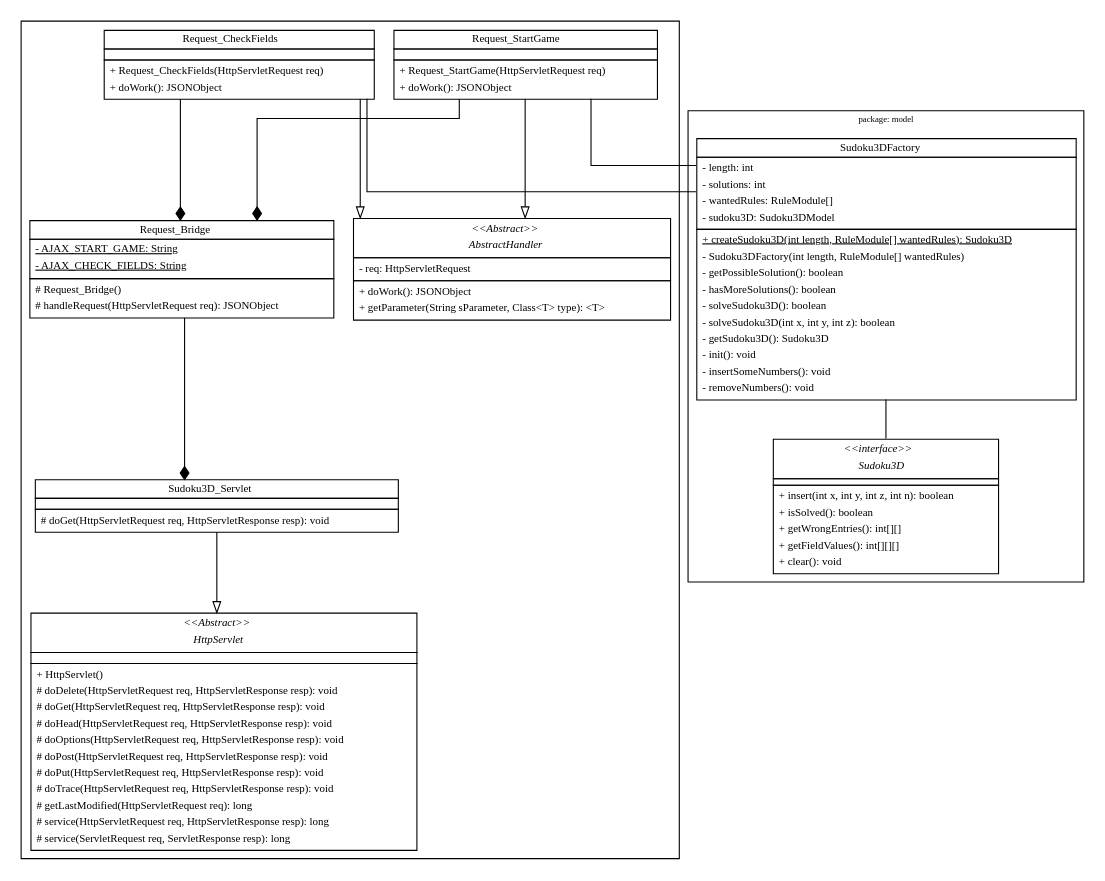
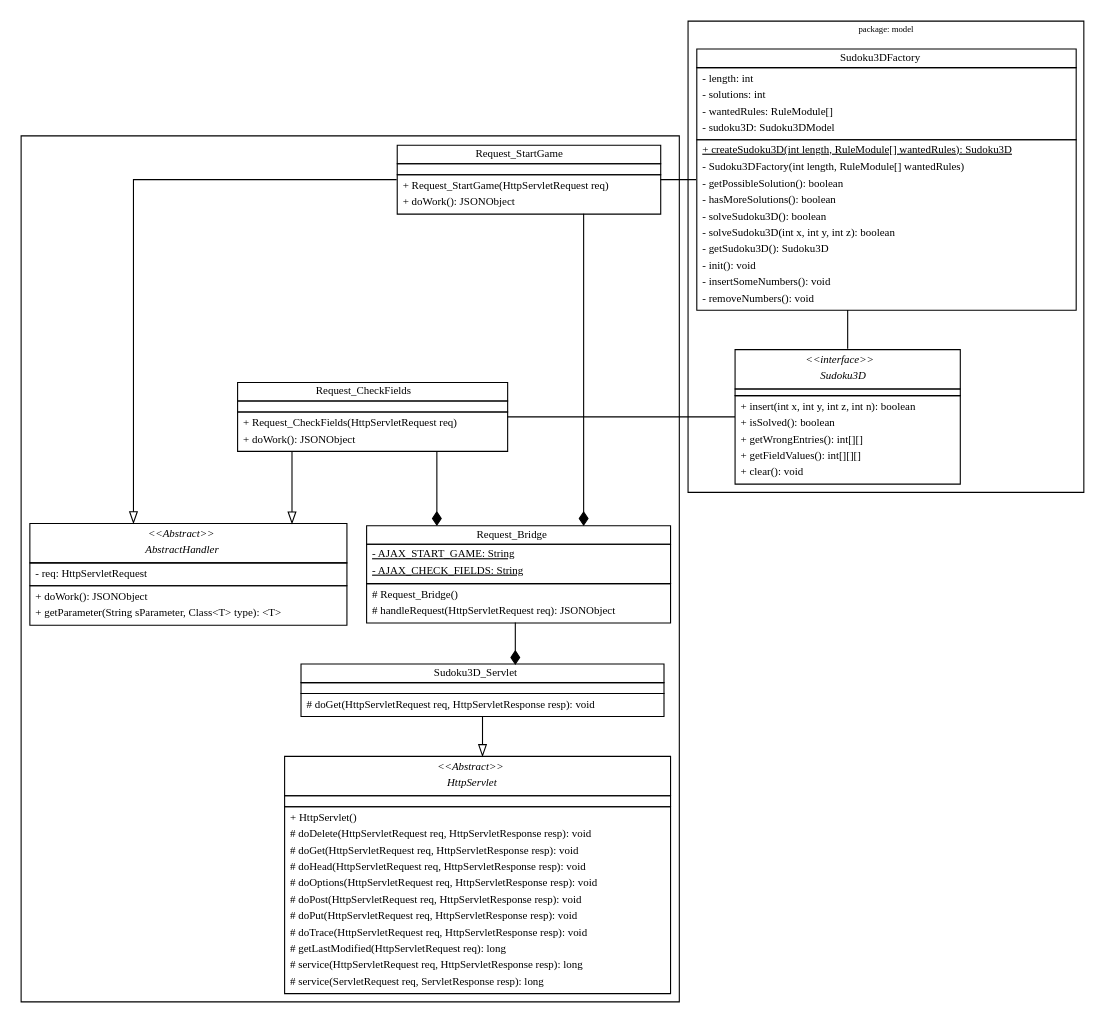
Before and after one commit to Mavpotter/Sudoku3D: the diagram in doc/controller.dot, drawn with Graphviz.

Commit message:
better node aligning

```diff
--- a/doc/controller.dot
+++ b/doc/controller.dot
@@ -2,6 +2,7 @@
     graph [splines=ortho]
     fontname = "Bitstream Vera Sans"
     fontsize = 8
+    newrank=true
 
     node [
         fontname = "Bitstream Vera Sans"
@@ -248,11 +249,14 @@
         ]
     }
 
+    {rank=same request_checkfields sudoku3d}
+    {rank=same request_startgame sudoku3dfactory}
+
     sudoku3dfactory -> sudoku3d [arrowhead=none]
     request_startgame -> abstracthandler [arrowhead=onormal]
     request_startgame -> sudoku3dfactory [arrowhead=none]
     request_checkfields -> abstracthandler [arrowhead=onormal]
-    request_checkfields -> sudoku3dfactory [arrowhead=none]
+    request_checkfields -> sudoku3d [arrowhead=none]
     request_startgame -> request_bridge [arrowhead=diamond]
     request_checkfields -> request_bridge [arrowhead=diamond]
     request_bridge -> sudoku3D_servlet [arrowhead=diamond]
```
